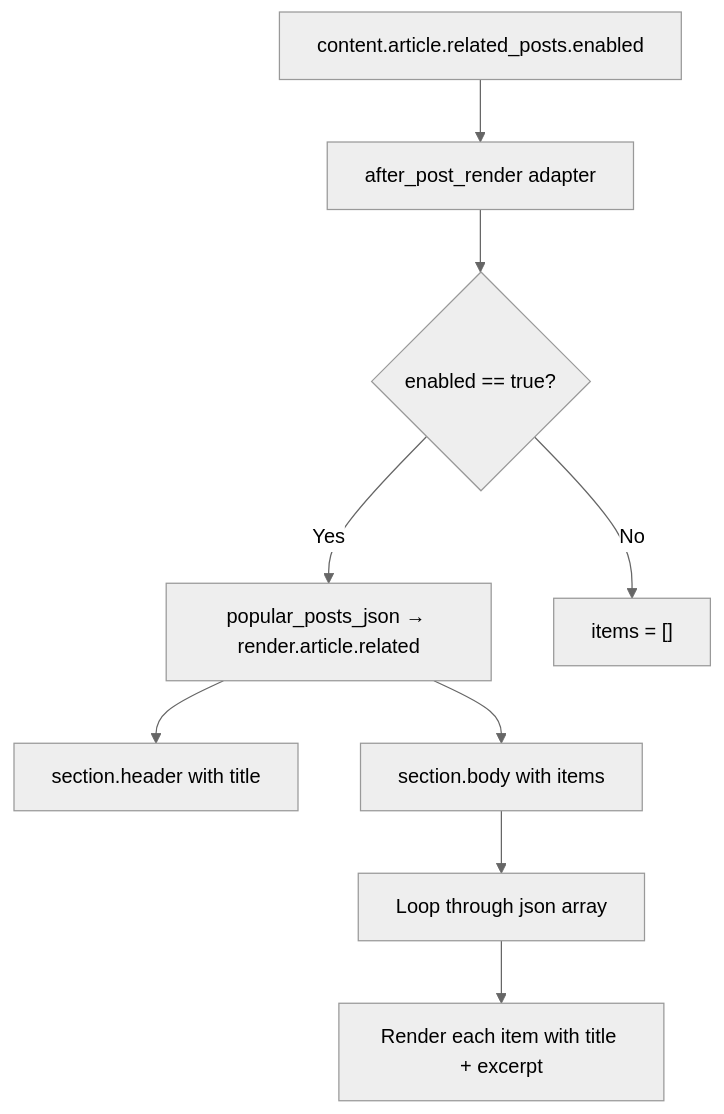
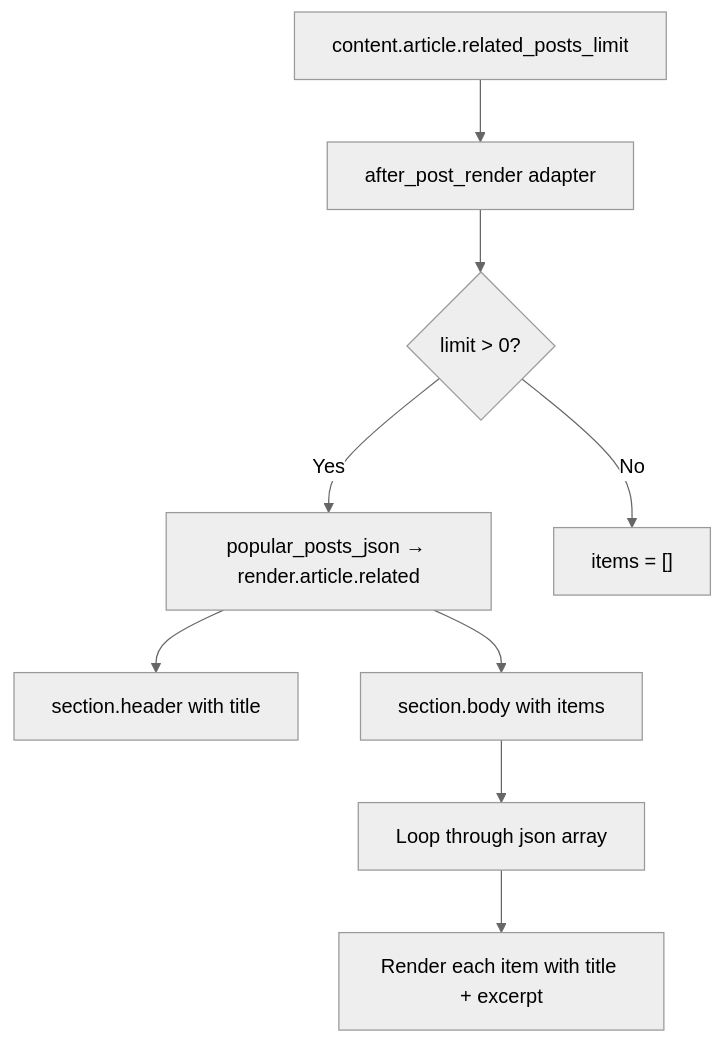
The first of 8 diagrams in docs/knowledge/03-内容系统/related-content.md (xaoxuu/hexo-theme-stellar), drawn with Mermaid (neutral theme) before and after one commit. The commit also changed other lines of this file and 52 other files, not shown here.

````diff
--- a/docs/knowledge/03-内容系统/related-content.md
+++ b/docs/knowledge/03-内容系统/related-content.md
@@ -47,19 +47,19 @@
 ```mermaid
 flowchart TD
-    CONFIG["content.article.related_posts.enabled"]
+    CONFIG["content.article.related_posts_limit"]
     HELPER["after_post_render adapter"]
-    CHECK{"enabled == true?"}
+    CHECK{"limit > 0?"}
     GENERATE["popular_posts_json → render.article.related"]
     RETURN["items = []"]
     
     CONFIG --> HELPER
     HELPER --> CHECK
     CHECK -->|"Yes"| GENERATE
     CHECK -->|"No"| RETURN
     
     GENERATE --> HEADER["section.header with title"]
     GENERATE --> BODY["section.body with items"]
     
     BODY --> ITEMS["Loop through json array"]
     ITEMS --> ITEM["Render each item with title + excerpt"]
 ```
````
